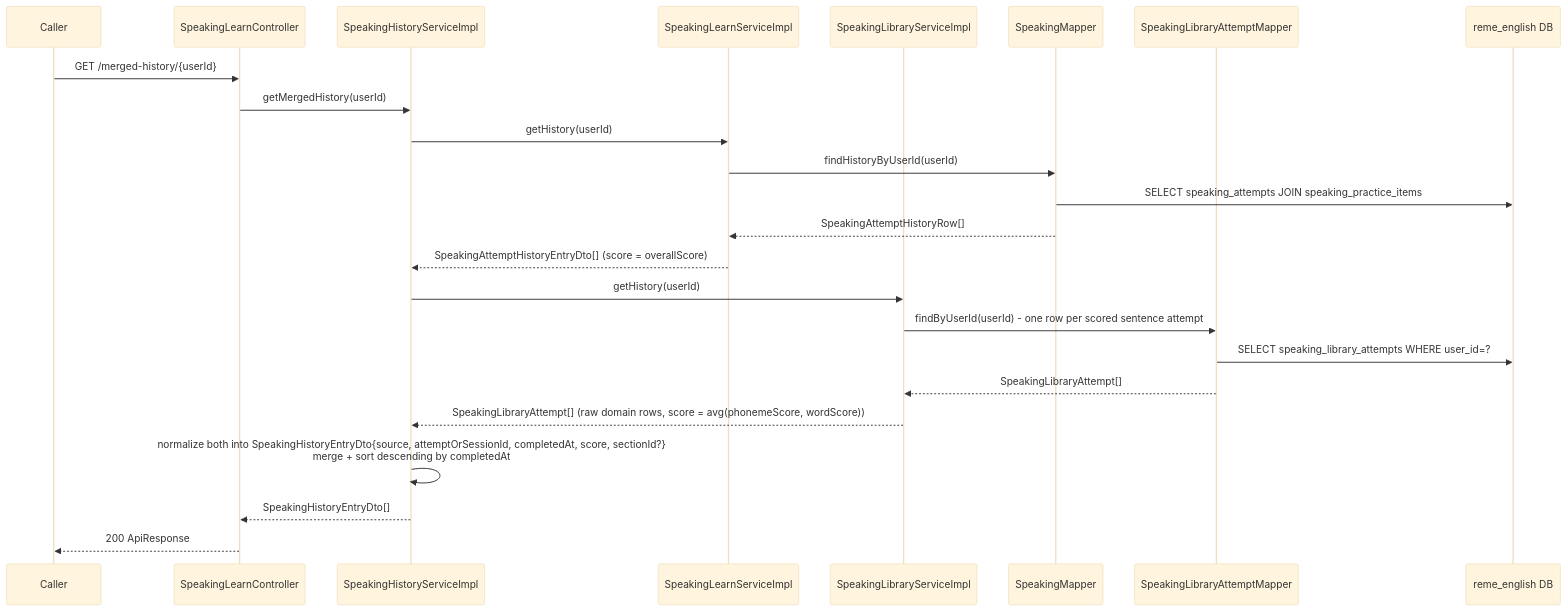
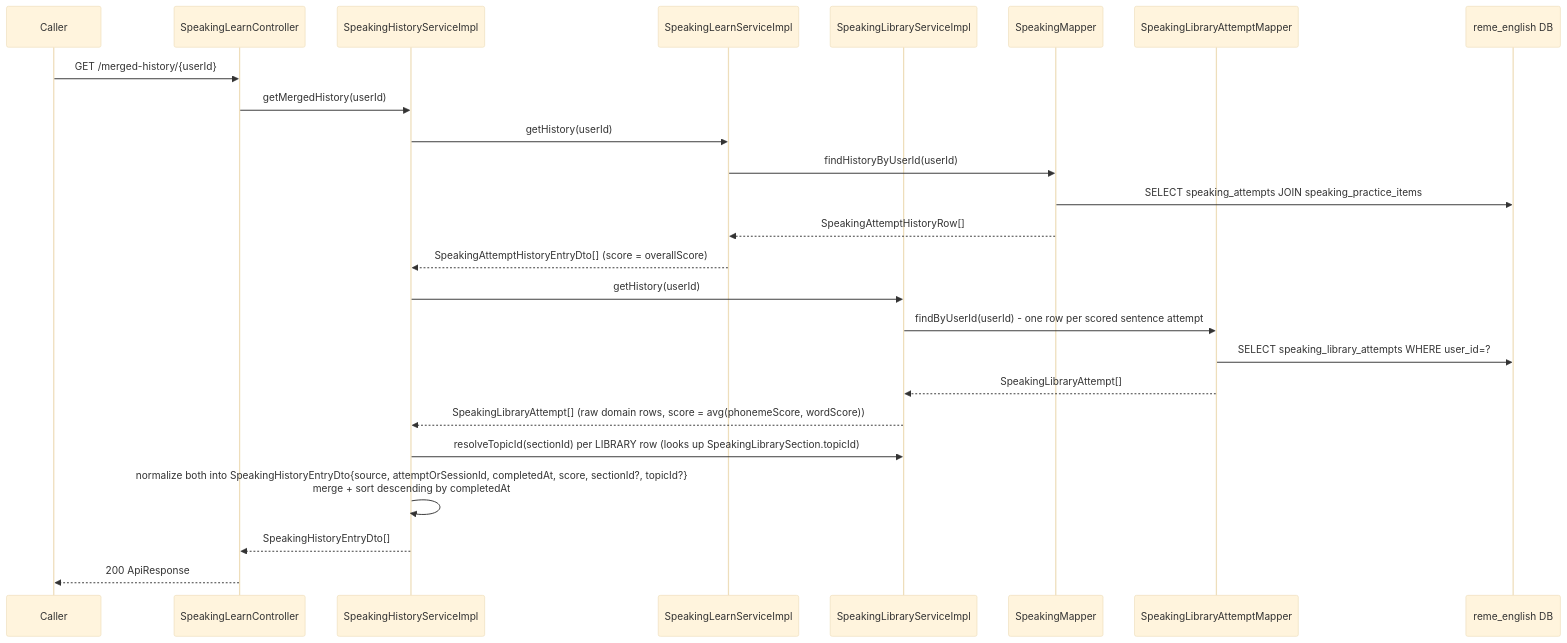
Before and after one commit to CuongNguyen13/RemeLearning: the fourth of 4 diagrams in docs/sequence/English_service/speaking-learn.md, drawn with Mermaid (base theme). The commit also changed 19 other files, not shown here.

First line of the commit message:
feat(english-service,bff-service): resolve topicId for listening/speaking library history rows

````diff
--- a/docs/sequence/English_service/speaking-learn.md
+++ b/docs/sequence/English_service/speaking-learn.md
@@ -153,27 +153,28 @@
 ```mermaid
 sequenceDiagram
     participant Caller
     participant Ctrl as SpeakingLearnController
     participant HSvc as SpeakingHistoryServiceImpl
     participant LearnSvc as SpeakingLearnServiceImpl
     participant LibSvc as SpeakingLibraryServiceImpl
     participant SMapper as SpeakingMapper
     participant LibAttemptMapper as SpeakingLibraryAttemptMapper
     participant DB as reme_english DB
 
     Caller->>Ctrl: GET /merged-history/{userId}
     Ctrl->>HSvc: getMergedHistory(userId)
     HSvc->>LearnSvc: getHistory(userId)
     LearnSvc->>SMapper: findHistoryByUserId(userId)
     SMapper->>DB: SELECT speaking_attempts JOIN speaking_practice_items
     SMapper-->>LearnSvc: SpeakingAttemptHistoryRow[]
     LearnSvc-->>HSvc: SpeakingAttemptHistoryEntryDto[] (score = overallScore)
     HSvc->>LibSvc: getHistory(userId)
     LibSvc->>LibAttemptMapper: findByUserId(userId) - one row per scored sentence attempt
     LibAttemptMapper->>DB: SELECT speaking_library_attempts WHERE user_id=?
     LibAttemptMapper-->>LibSvc: SpeakingLibraryAttempt[]
     LibSvc-->>HSvc: SpeakingLibraryAttempt[] (raw domain rows, score = avg(phonemeScore, wordScore))
-    HSvc->>HSvc: normalize both into SpeakingHistoryEntryDto{source, attemptOrSessionId, completedAt, score, sectionId?}<br/>merge + sort descending by completedAt
+    HSvc->>LibSvc: resolveTopicId(sectionId) per LIBRARY row (looks up SpeakingLibrarySection.topicId)
+    HSvc->>HSvc: normalize both into SpeakingHistoryEntryDto{source, attemptOrSessionId, completedAt, score, sectionId?, topicId?}<br/>merge + sort descending by completedAt
     HSvc-->>Ctrl: SpeakingHistoryEntryDto[]
     Ctrl-->>Caller: 200 ApiResponse
 ```
````
